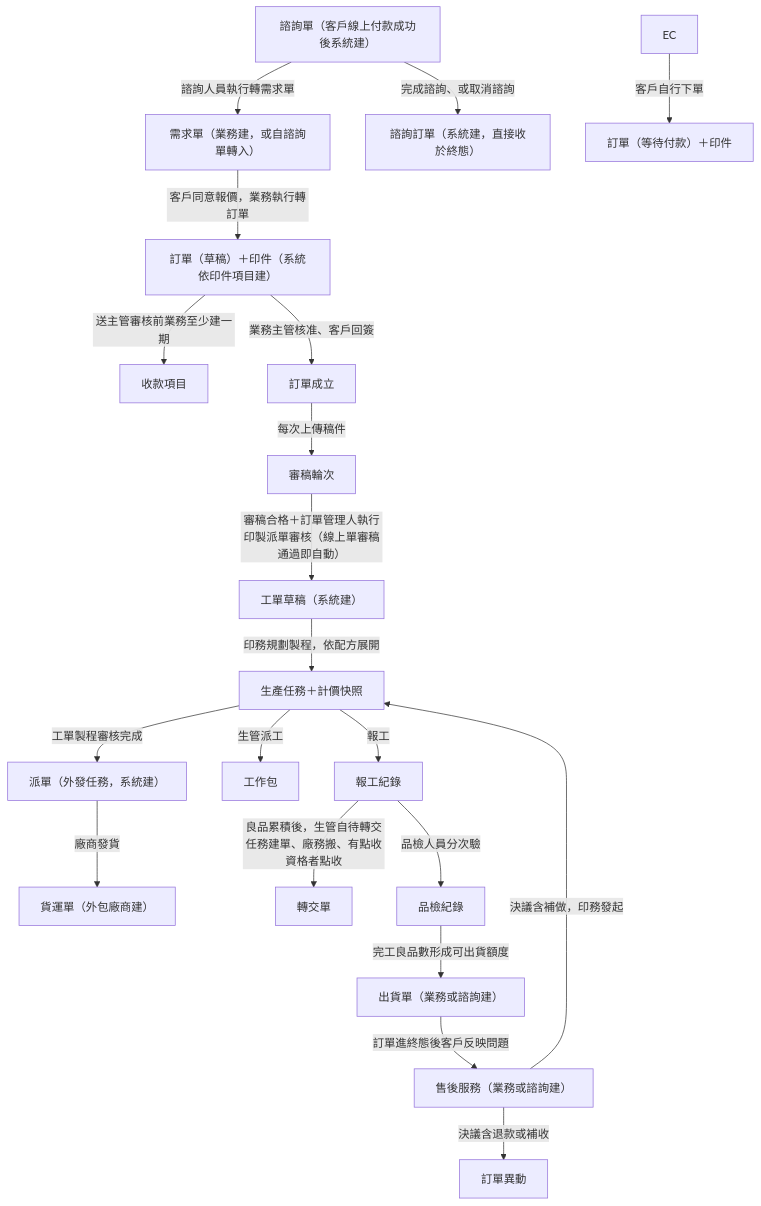
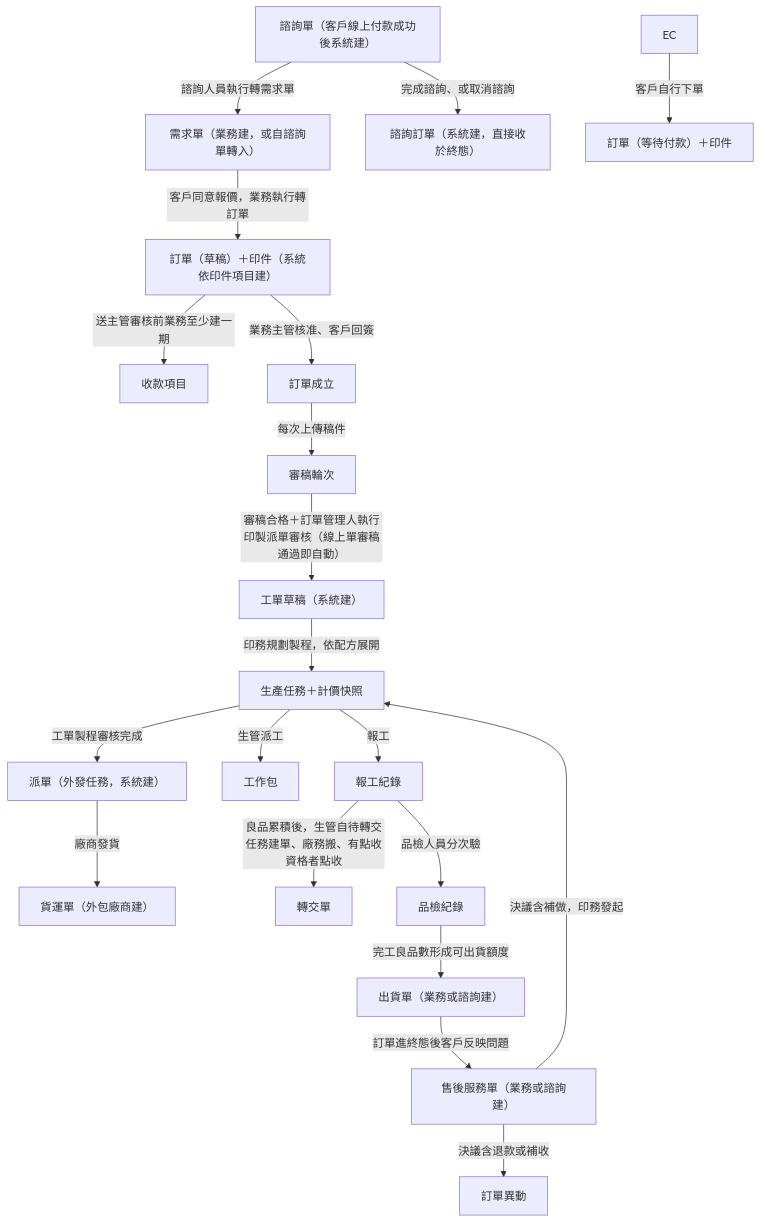
Before and after one commit to Kawato-Miles/erp-spec: the sixth of 9 diagrams in memory/Sens_wiki/wiki/erp/05-entities/ERP 資料結構總覽.md, drawn with Mermaid. The commit also changed other lines of this file and 76 other files, not shown here.

````diff
--- a/memory/Sens_wiki/wiki/erp/05-entities/ERP 資料結構總覽.md
+++ b/memory/Sens_wiki/wiki/erp/05-entities/ERP 資料結構總覽.md
@@ -215,22 +226,22 @@
 ```mermaid
 flowchart TD
     A["諮詢單（客戶線上付款成功後系統建）"] -->|"諮詢人員執行轉需求單"| B["需求單（業務建，或自諮詢單轉入）"]
     A -->|"完成諮詢、或取消諮詢"| C["諮詢訂單（系統建，直接收於終態）"]
     B -->|"客戶同意報價，業務執行轉訂單"| D["訂單（草稿）＋印件（系統依印件項目建）"]
     E["EC"] -->|"客戶自行下單"| D2["訂單（等待付款）＋印件"]
     D -->|"送主管審核前業務至少建一期"| P["收款項目"]
     D -->|"業務主管核准、客戶回簽"| D3["訂單成立"]
     D3 -->|"每次上傳稿件"| R["審稿輪次"]
     R -->|"審稿合格＋訂單管理人執行印製派單審核（線上單審稿通過即自動）"| W["工單草稿（系統建）"]
     W -->|"印務規劃製程，依配方展開"| T["生產任務＋計價快照"]
     T -->|"工單製程審核完成"| PD["派單（外發任務，系統建）"]
     T -->|"生管派工"| WP["工作包"]
     PD -->|"廠商發貨"| SH["貨運單（外包廠商建）"]
     RP -->|"良品累積後，生管自待轉交任務建單、廠務搬、有點收資格者點收"| TR["轉交單"]
     T -->|"報工"| RP["報工紀錄"]
     RP -->|"品檢人員分次驗"| QC["品檢紀錄"]
     QC -->|"完工良品數形成可出貨額度"| SO["出貨單（業務或諮詢建）"]
-    SO -->|"訂單進終態後客戶反映問題"| AS["售後服務（業務或諮詢建）"]
+    SO -->|"訂單進終態後客戶反映問題"| AS["售後服務單（業務或諮詢建）"]
     AS -->|"決議含退款或補收"| ADJ["訂單異動"]
     AS -->|"決議含補做，印務發起"| T
 ```
````
